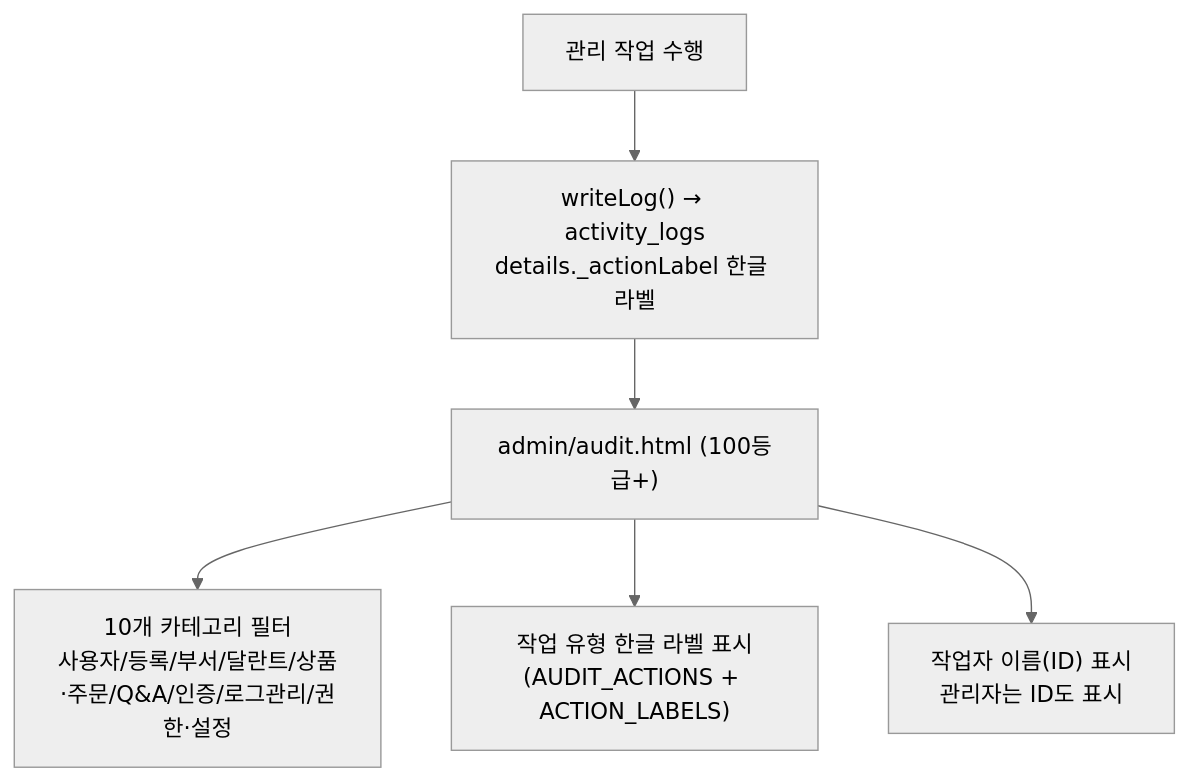
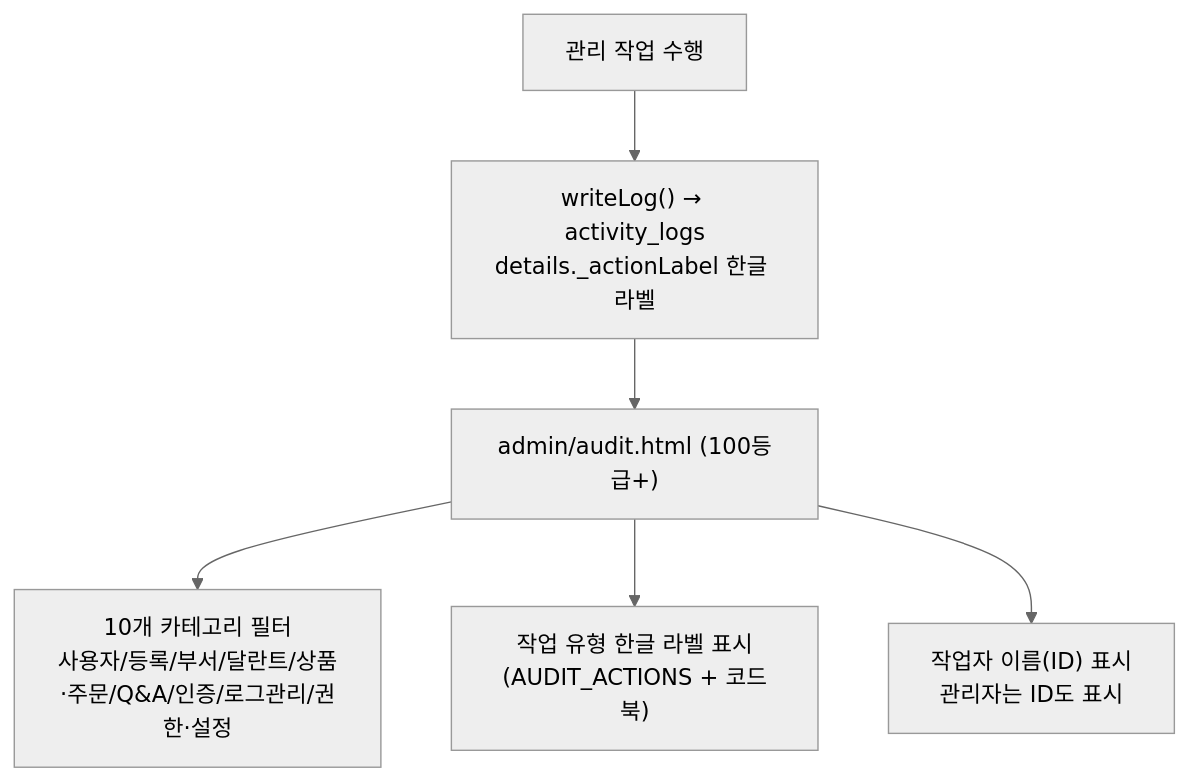
Diagram 13 of 15 in docs/PROJECT_ARCHITECTURE_FLOW.md (CHO-Talents/CHO-Talents), drawn with Mermaid (neutral theme) before and after one commit. The commit also changed other lines of this file and 53 other files, not shown here.

````diff
--- a/docs/PROJECT_ARCHITECTURE_FLOW.md
+++ b/docs/PROJECT_ARCHITECTURE_FLOW.md
@@ -530,8 +537,8 @@
 ```mermaid
 flowchart TD
   AdminAction["관리 작업 수행"] --> AuditLog["writeLog() → activity_logs<br/>details._actionLabel 한글 라벨"]
   AuditLog --> AuditPage["admin/audit.html (100등급+)"]
   AuditPage --> CategoryFilter["10개 카테고리 필터<br/>사용자/등록/부서/달란트/상품·주문/Q&A/인증/로그관리/권한·설정"]
-  AuditPage --> KoType["작업 유형 한글 라벨 표시<br/>(AUDIT_ACTIONS + ACTION_LABELS)"]
+  AuditPage --> KoType["작업 유형 한글 라벨 표시<br/>(AUDIT_ACTIONS + 코드북)"]
   AuditPage --> ActorInfo["작업자 이름(ID) 표시<br/>관리자는 ID도 표시"]
 ```
````
